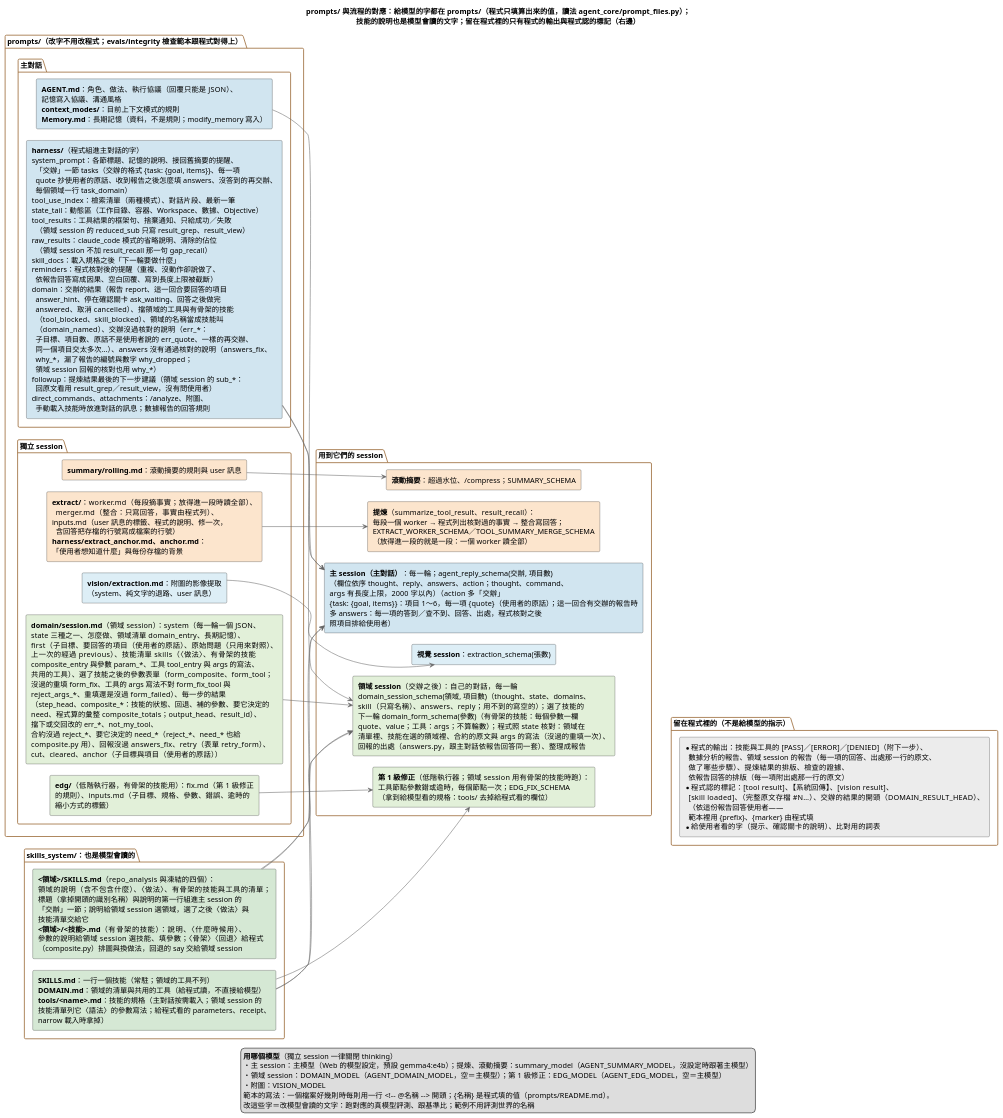
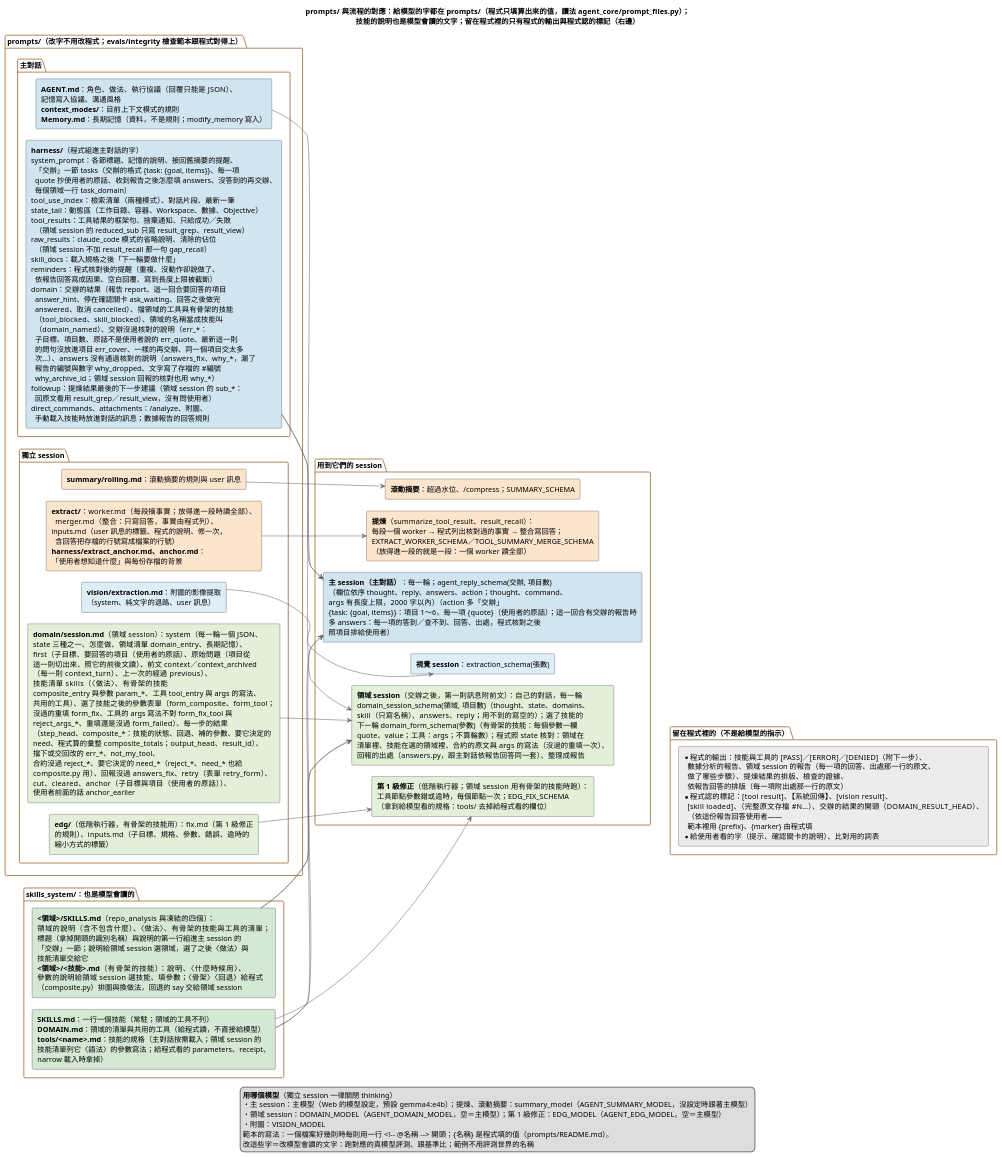
The diagram in doc/diagrams/prompts與流程的對應.puml (DavidZox/Coding_agnet), drawn with PlantUML before and after one commit. The commit also changed 11 other files, not shown here.

```diff
--- a/doc/diagrams/prompts與流程的對應.puml
+++ b/doc/diagrams/prompts與流程的對應.puml
@@ -1,186 +1,190 @@
 @startuml
 ' --- 樣式精準控制 ---
 skinparam shadowing false
 skinparam defaultFontName "Microsoft JhengHei"
 skinparam RectangleWidthMax 440
 skinparam PackageBorderColor #996633
 skinparam ArrowColor #666666
 skinparam ranksep 70
 skinparam nodesep 22
 left to right direction
 
 title prompts/ 與流程的對應：給模型的字都在 prompts/（程式只填算出來的值，讀法 agent_core/prompt_files.py）；\n技能的說明也是模型會讀的文字；留在程式裡的只有程式的輸出與程式認的標記（右邊）
 
 package "prompts/（改字不用改程式；evals/integrity 檢查範本跟程式對得上）" {
   package "主對話" {
     rectangle P_AGENT #D1E5F0 [
       **AGENT.md**：角色、做法、執行協議（回覆只能是 JSON）、
       記憶寫入協議、溝通風格
       **context_modes/**：目前上下文模式的規則
       **Memory.md**：長期記憶（資料，不是規則；modify_memory 寫入）
     ]
     rectangle P_HARNESS #D1E5F0 [
       **harness/**（程式組進主對話的字）
       system_prompt：各節標題、記憶的說明、接回舊摘要的提醒、
         「交辦」一節 tasks（交辦的格式 {task: {goal, items}}、每一項
         quote 抄使用者的原話、收到報告之後怎麼填 answers、沒答到的再交辦、
         每個領域一行 task_domain）
       tool_use_index：檢索清單（兩種模式）、對話片段、最新一筆
       state_tail：動態區（工作目錄、容器、Workspace、數據、Objective）
       tool_results：工具結果的框架句、捨棄通知、只給成功／失敗
         （領域 session 的 reduced_sub 只寫 result_grep、result_view）
       raw_results：claude_code 模式的省略說明、清除的佔位
         （領域 session 不加 result_recall 那一句 gap_recall）
       skill_docs：載入規格之後「下一輪要做什麼」
       reminders：程式核對後的提醒（重複、沒動作卻說做了、
         依報告回答寫成因果、空白回覆、寫到長度上限被截斷）
       domain：交辦的結果（報告 report、這一回合要回答的項目
         answer_hint、停在確認關卡 ask_waiting、回答之後做完
         answered、取消 cancelled）、擋領域的工具與有骨架的技能
         （tool_blocked、skill_blocked）、領域的名稱當成技能叫
         （domain_named）、交辦沒過核對的說明（err_*：
-        子目標、項目數、原話不是使用者說的 err_quote、一樣的再交辦、
-        同一個項目交太多次…）、answers 沒有通過核對的說明（answers_fix、
-        why_*，漏了報告的編號與數字 why_dropped；
-        領域 session 回報的核對也用 why_*）
+        子目標、項目數、原話不是使用者說的 err_quote、最新這一則
+        的問句沒放進項目 err_cover、一樣的再交辦、同一個項目交太多
+        次…）、answers 沒有通過核對的說明（answers_fix、why_*，漏了
+        報告的編號與數字 why_dropped、文字寫了存檔的 #編號
+        why_archive_id；領域 session 回報的核對也用 why_*）
       followup：提煉結果最後的下一步建議（領域 session 的 sub_*：
         回原文看用 result_grep／result_view，沒有問使用者）
       direct_commands、attachments：/analyze、附圖、
         手動載入技能時放進對話的訊息；數據報告的回答規則
     ]
   }
   package "獨立 session" {
     rectangle P_SUMMARY #FCE5CD [
       **summary/rolling.md**：滾動摘要的規則與 user 訊息
     ]
     rectangle P_EXTRACT #FCE5CD [
       **extract/**：worker.md（每段摘事實；放得進一段時讀全部）、
         merger.md（整合：只寫回答，事實由程式列）、
       inputs.md（user 訊息的標籤、程式的說明、修一次，
         含回答把存檔的行號寫成檔案的行號）
       **harness/extract_anchor.md、anchor.md**：
       「使用者想知道什麼」與每份存檔的背景
     ]
     rectangle P_VISION #DDEEF6 [
       **vision/extraction.md**：附圖的影像提取
       （system、純文字的退路、user 訊息）
     ]
     rectangle P_EDG #E2F0D9 [
       **edg/**（低階執行器，有骨架的技能用）：fix.md（第 1 級修正
       的規則）、inputs.md（子目標、規格、參數、錯誤、逾時的
       縮小方式的標籤）
     ]
     rectangle P_DOMAIN #E2F0D9 [
       **domain/session.md**（領域 session）：system（每一輪一個 JSON、
       state 三種之一、怎麼做、領域清單 domain_entry、長期記憶）、
-      first（子目標、要回答的項目（使用者的原話）、原始問題（只用來對照）、
-      上一次的經過 previous）、技能清單 skills（〈做法〉、有骨架的技能
+      first（子目標、要回答的項目（使用者的原話）、原始問題（項目從
+      這一則切出來、照它的前後文讀）、前文 context／context_archived
+      （每一則 context_turn）、上一次的經過 previous）、
+      技能清單 skills（〈做法〉、有骨架的技能
       composite_entry 與參數 param_*、工具 tool_entry 與 args 的寫法、
       共用的工具）、選了技能之後的參數表單（form_composite、form_tool；
       沒過的重填 form_fix、工具的 args 寫法不對 form_fix_tool 與
       reject_args_*、重填還是沒過 form_failed）、每一步的結果
       （step_head、composite_*：技能的狀態、回退、補的參數、要它決定的
       need、程式算的彙整 composite_totals；output_head、result_id）、
       擋下或交回改的 err_*、not_my_tool、
       合約沒過 reject_*、要它決定的 need_*（reject_*、need_* 也給
       composite.py 用）、回報沒過 answers_fix、retry（表單 retry_form）、
-      cut、cleared、anchor（子目標與項目（使用者的原話））
+      cut、cleared、anchor（子目標與項目（使用者的原話））、
+      使用者前面的話 anchor_earlier
     ]
   }
 }
 
 package "skills_system/：也是模型會讀的" {
   rectangle K_ALL #D5E8D4 [
     **SKILLS.md**：一行一個技能（常駐；領域的工具不列）
     **DOMAIN.md**：領域的清單與共用的工具（給程式讀，不直接給模型）
     **tools/<name>.md**：技能的規格（主對話按需載入；領域 session 的
     技能清單列它〈語法〉的參數寫法；給程式看的 parameters、receipt、
     narrow 載入時拿掉）
   ]
   rectangle K_DOMAIN #D5E8D4 [
     **<領域>/SKILLS.md**（repo_analysis 與凍結的四個）：
     領域的說明（含不包含什麼）、〈做法〉、有骨架的技能與工具的清單；
     標題（拿掉開頭的識別名稱）與說明的第一行組進主 session 的
     「交辦」一節；說明給領域 session 選領域，選了之後〈做法〉與
     技能清單交給它
     **<領域>/<技能>.md**（有骨架的技能）：說明、〈什麼時候用〉、
     參數的說明給領域 session 選技能、填參數；〈骨架〉〈回退〉給程式
     （composite.py）排圖與換做法，回退的 say 交給領域 session
   ]
 }
 
 package "用到它們的 session" {
   rectangle S_MAIN #D1E5F0 [
     **主 session（主對話）**：每一輪；agent_reply_schema(交辦, 項目數)
     （欄位依序 thought、reply、answers、action；thought、command、
     args 有長度上限，2000 字以內）（action 多「交辦」
     {task: {goal, items}}：項目 1～6，每一項 {quote}（使用者的原話）；這一回合有交辦的報告時
     多 answers：每一項的答到／查不到、回答、出處，程式核對之後
     照項目排給使用者）
   ]
   rectangle S_DOMAIN #E2F0D9 [
-    **領域 session**（交辦之後）：自己的對話，每一輪
+    **領域 session**（交辦之後，第一則訊息附前文）：自己的對話，每一輪
     domain_session_schema(領域, 項目數)（thought、state、domains、
     skill（只寫名稱）、answers、reply；用不到的寫空的）；選了技能的
     下一輪 domain_form_schema(參數)（有骨架的技能：每個參數一欄
     quote、value；工具：args；不算輪數）；程式照 state 核對：領域在
     清單裡、技能在選的領域裡、合約的原文與 args 的寫法（沒過的重填一次）、
     回報的出處（answers.py，跟主對話依報告回答同一套）、整理成報告
   ]
   rectangle S_SUMMARY #FCE5CD [
     **滾動摘要**：超過水位、/compress；SUMMARY_SCHEMA
   ]
   rectangle S_EXTRACT #FCE5CD [
     **提煉**（summarize_tool_result、result_recall）：
     每段一個 worker → 程式列出核對過的事實 → 整合寫回答；
     EXTRACT_WORKER_SCHEMA／TOOL_SUMMARY_MERGE_SCHEMA
     （放得進一段的就是一段：一個 worker 讀全部）
   ]
   rectangle S_VISION #DDEEF6 [
     **視覺 session**：extraction_schema(張數)
   ]
   rectangle S_EDG #E2F0D9 [
     **第 1 級修正**（低階執行器；領域 session 用有骨架的技能時跑）：
     工具節點參數錯或逾時，每個節點一次；EDG_FIX_SCHEMA
     （拿到給模型看的規格：tools/ 去掉給程式看的欄位）
   ]
 }
 
 package "留在程式裡的（不是給模型的指示）" {
   rectangle C_LIST #ECECEC [
     * 程式的輸出：技能與工具的 [PASS]／[ERROR]／[DENIED]（附下一步）、
       數據分析的報告、領域 session 的報告（每一項的回答、出處那一行的原文、
       做了哪些步驟）、提煉結果的排版、檢查的證據、
       依報告回答的排版（每一項附出處那一行的原文）
     * 程式認的標記：[tool result]、【系統回傳】、[vision result]、
       [skill loaded]、（完整原文存檔 #N…）、交辦的結果的開頭（DOMAIN_RESULT_HEAD）、
       （依這份報告回答使用者——
       範本裡用 {prefix}、{marker} 由程式填
     * 給使用者看的字（提示、確認關卡的說明）、比對用的詞表
   ]
 }
 
 P_AGENT --> S_MAIN
 P_HARNESS --> S_MAIN
 K_ALL --> S_MAIN
 P_SUMMARY --> S_SUMMARY
 P_EXTRACT --> S_EXTRACT
 P_VISION --> S_VISION
 P_EDG --> S_EDG
 K_ALL --> S_EDG
 P_DOMAIN --> S_DOMAIN
 P_HARNESS --> S_DOMAIN
 K_DOMAIN --> S_DOMAIN
 K_ALL --> S_DOMAIN
 K_DOMAIN --> S_MAIN
 S_EDG -[hidden]-> C_LIST
 
 legend bottom
   **用哪個模型**（獨立 session 一律關閉 thinking）
   ・主 session：主模型（Web 的模型設定，預設 gemma4:e4b）；提煉、滾動摘要：summary_model（AGENT_SUMMARY_MODEL，沒設定時跟著主模型）
   ・領域 session：DOMAIN_MODEL（AGENT_DOMAIN_MODEL，空＝主模型）；第 1 級修正：EDG_MODEL（AGENT_EDG_MODEL，空＝主模型）
   ・附圖：VISION_MODEL
   範本的寫法：一個檔案好幾則時每則用一行 <!~-- @名稱 ~--> 開頭；{名稱} 是程式填的值（prompts/README.md）。
   改這些字＝改模型會讀的文字：跑對應的真模型評測、跟基準比；範例不用評測世界的名稱
 endlegend
 @enduml
```
